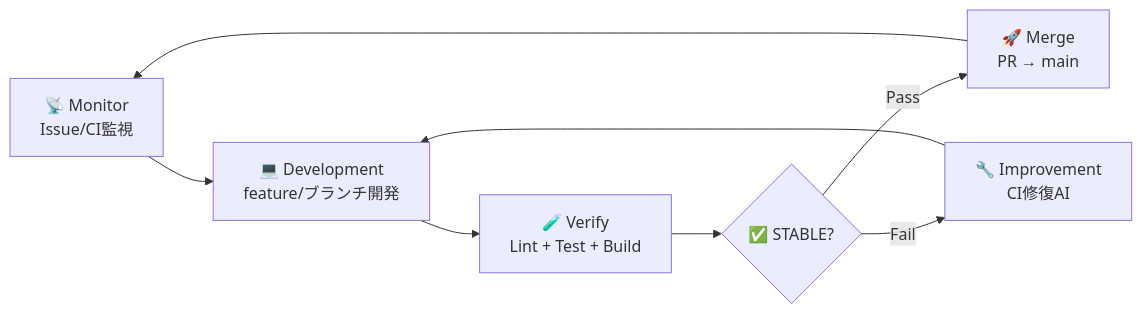
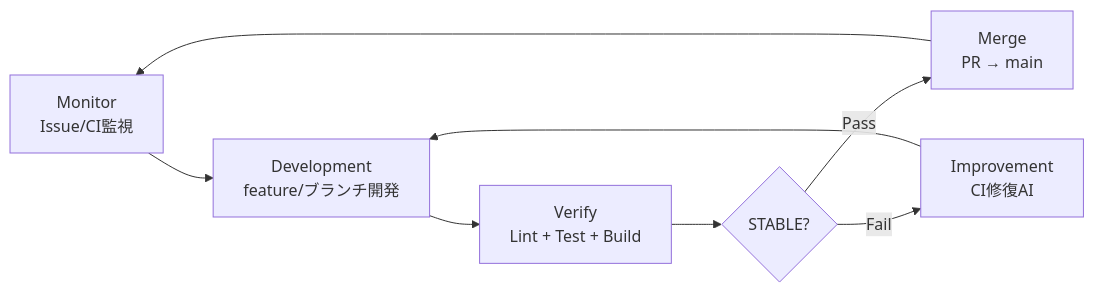
One commit to Kensan196948G/Construction-GRC-System changed the third of 3 diagrams in README.md. Above: the diagram before and after it, drawn with Mermaid. The commit also changed other lines of this file and 12 other files, not shown here.

````diff
--- a/README.md
+++ b/README.md
@@ -143,10 +175,10 @@
 ```mermaid
 graph LR
-    A["📡 Monitor<br/>Issue/CI監視"] --> B["💻 Development<br/>feature/ブランチ開発"]
-    B --> C["🧪 Verify<br/>Lint + Test + Build"]
-    C --> D{"✅ STABLE?"}
-    D -->|Pass| E["🚀 Merge<br/>PR → main"]
-    D -->|Fail| F["🔧 Improvement<br/>CI修復AI"]
+    A["Monitor<br/>Issue/CI監視"] --> B["Development<br/>feature/ブランチ開発"]
+    B --> C["Verify<br/>Lint + Test + Build"]
+    C --> D{"STABLE?"}
+    D -->|Pass| E["Merge<br/>PR → main"]
+    D -->|Fail| F["Improvement<br/>CI修復AI"]
     F --> B
     E --> A
 ```
````
